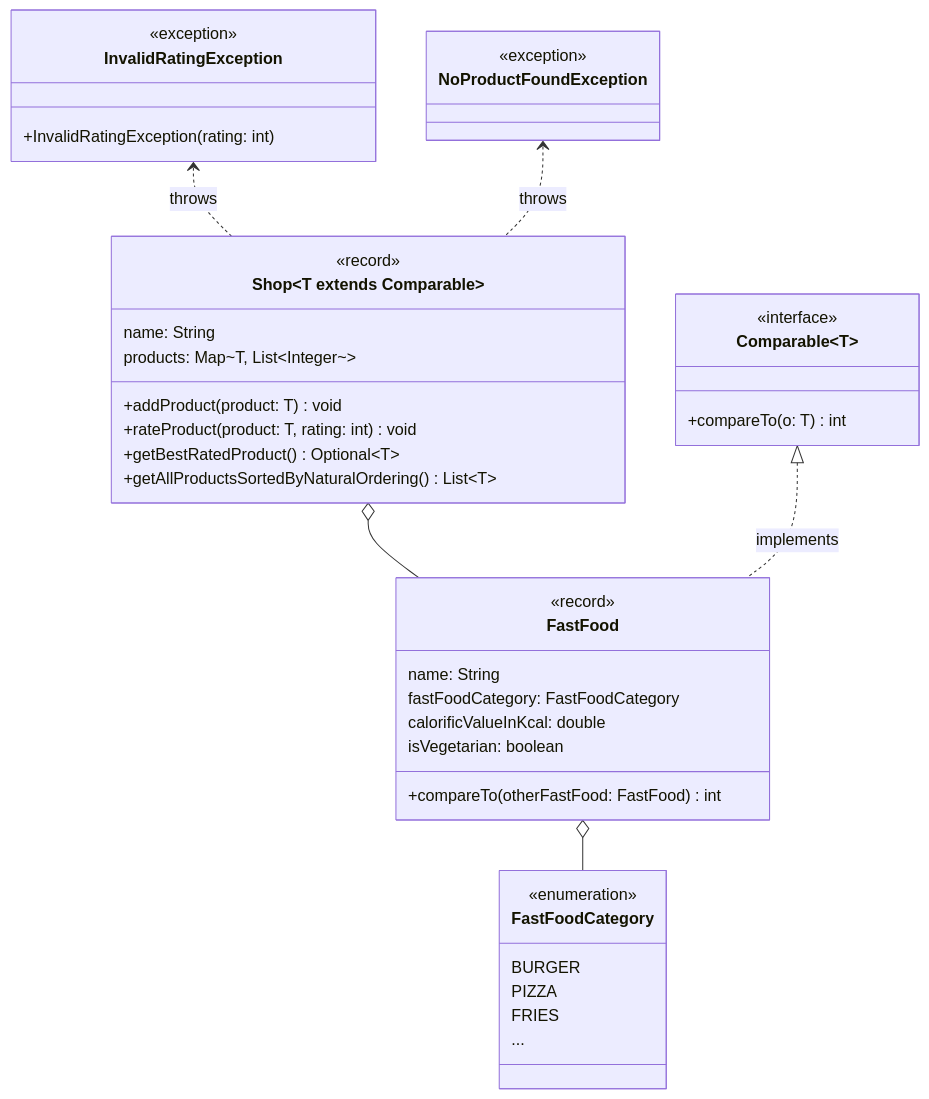
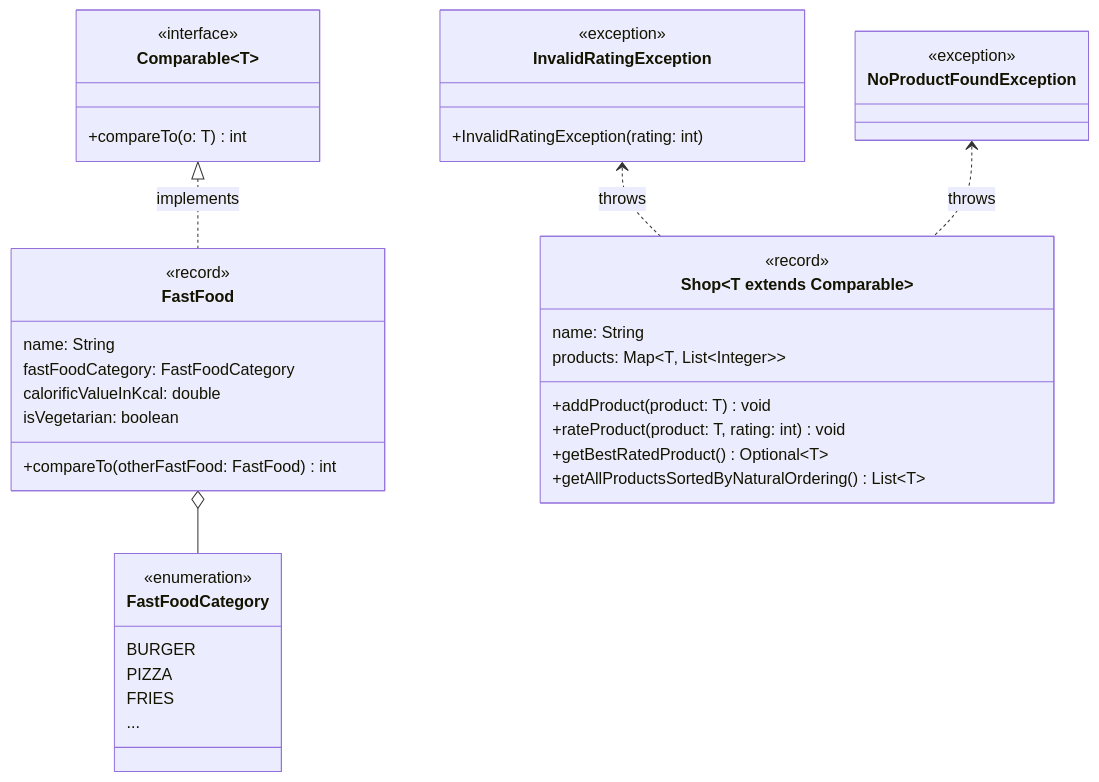
Before and after one commit to appenmaier/java_wwibe123: the diagram in test-exercise.md, drawn with Mermaid. The commit also changed other lines of this file, not shown here.

````diff
--- a/test-exercise.md
+++ b/test-exercise.md
@@ -6,49 +6,48 @@
 ```mermaid
 classDiagram
     FastFood o-- FastFoodCategory
-    Shop~T extends Comparable<T>~ o-- FastFood
     Comparable~T~ <|.. FastFood: implements
     InvalidRatingException <.. Shop~T extends Comparable<T>~: throws
     NoProductFoundException <.. Shop~T extends Comparable<T>~: throws
 
     class FastFoodCategory {
         <<enumeration>>
         BURGER
         PIZZA
         FRIES
         ...
     }
 
     class FastFood {
         <<record>>
         name: String
         fastFoodCategory: FastFoodCategory
         calorificValueInKcal: double
         isVegetarian: boolean
         +compareTo(otherFastFood: FastFood) int
     }
 
     class Shop~T extends Comparable<T>~ {
         <<record>>
         name: String
-        products: Map~T, List~Integer~~
+        products: Map~T&sbquo; List~Integer~~
         +addProduct(product: T) void
         +rateProduct(product: T, rating: int) void
         +getBestRatedProduct() Optional~T~
         +getAllProductsSortedByNaturalOrdering() List~T~
     }
 
     class Comparable~T~ {
         <<interface>>
         +compareTo(o: T) int
     }
 
     class InvalidRatingException {
         <<exception>>
         +InvalidRatingException(rating: int)
     }
 
     class NoProductFoundException {
         <<exception>>
     }
 ```
````
